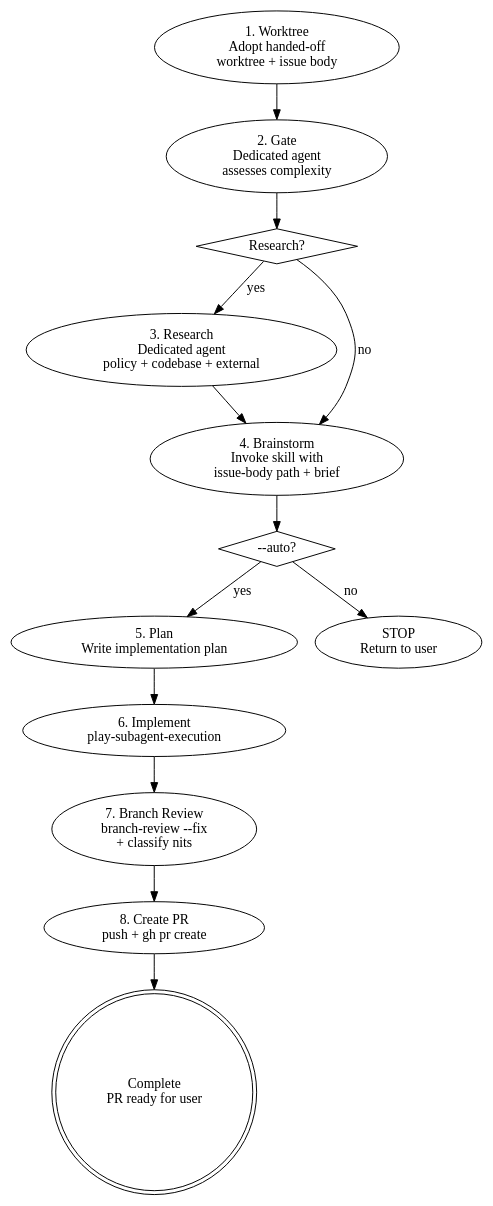
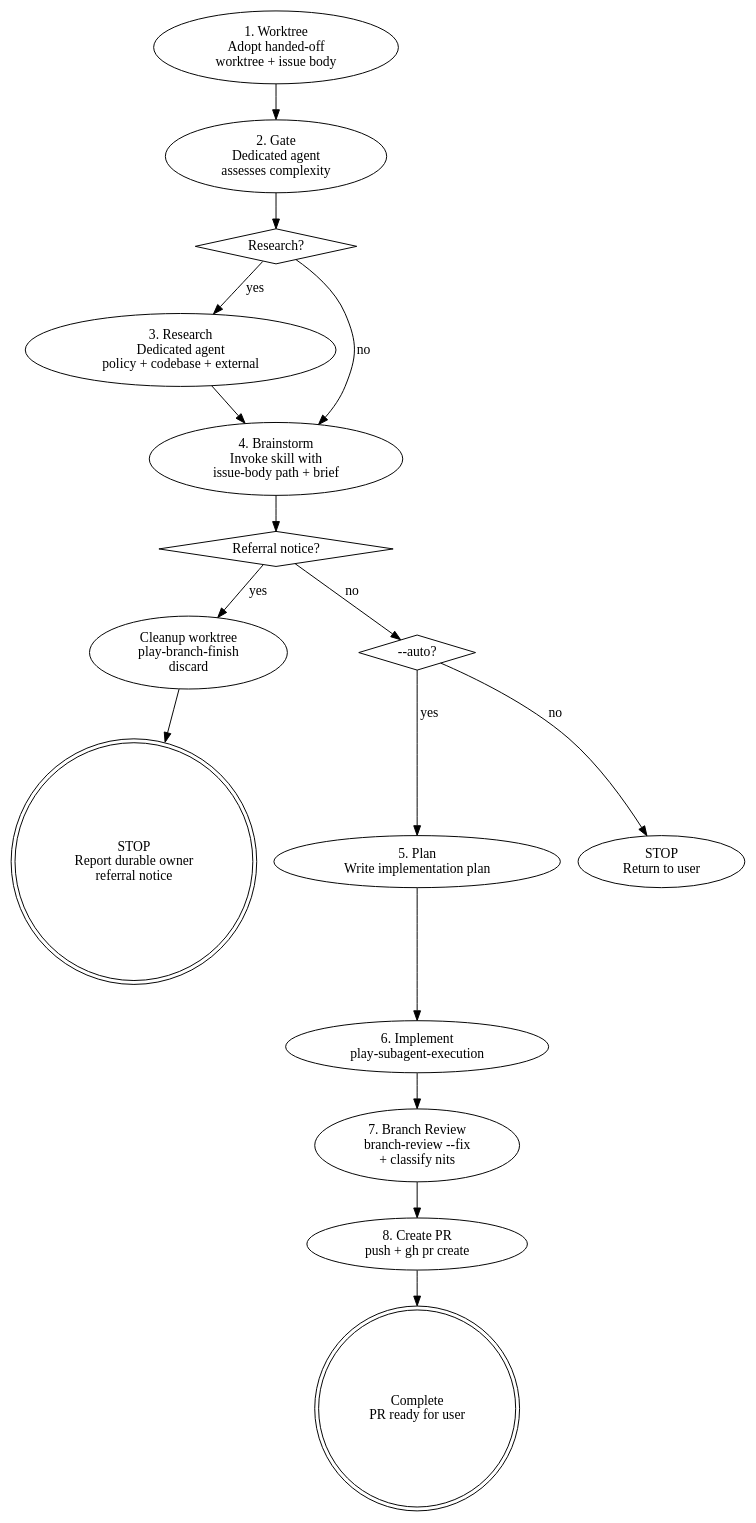
Before and after one commit to ryumiel/devcanon: the diagram in skills/issue-priming-workflow/references/workflow-diagram.md, drawn with Graphviz. The commit also changed 3 other files, not shown here.

First line of the commit message:
docs(skills): clarify play-brainstorm durable owner referrals (#254)

````diff
--- a/skills/issue-priming-workflow/references/workflow-diagram.md
+++ b/skills/issue-priming-workflow/references/workflow-diagram.md
@@ -6,26 +6,32 @@
 ```dot
 digraph priming {
   rankdir=TB;
   worktree [label="1. Worktree\nAdopt handed-off\nworktree + issue body"];
   gate [label="2. Gate\nDedicated agent\nassesses complexity"];
   decide [label="Research?", shape=diamond];
   research [label="3. Research\nDedicated agent\npolicy + codebase + external"];
   brainstorm [label="4. Brainstorm\nInvoke skill with\nissue-body path + brief"];
+  referral_check [label="Referral notice?", shape=diamond];
+  cleanup [label="Cleanup worktree\nplay-branch-finish\ndiscard"];
+  referral [label="STOP\nReport durable owner\nreferral notice", shape=doublecircle];
   auto_check [label="--auto?", shape=diamond];
   plan [label="5. Plan\nWrite implementation plan"];
   implement [label="6. Implement\nplay-subagent-execution"];
   stop_interactive [label="STOP\nReturn to user"];
 
   worktree -> gate -> decide;
   decide -> research [label="yes"];
   decide -> brainstorm [label="no"];
   research -> brainstorm;
-  brainstorm -> auto_check;
+  brainstorm -> referral_check;
+  referral_check -> cleanup [label="yes"];
+  cleanup -> referral;
+  referral_check -> auto_check [label="no"];
   auto_check -> plan [label="yes"];
   auto_check -> stop_interactive [label="no"];
   plan -> implement -> review -> create_pr -> done;
   review [label="7. Branch Review\nbranch-review --fix\n+ classify nits"];
   create_pr [label="8. Create PR\npush + gh pr create"];
   done [label="Complete\nPR ready for user", shape=doublecircle];
 }
 ```
````
